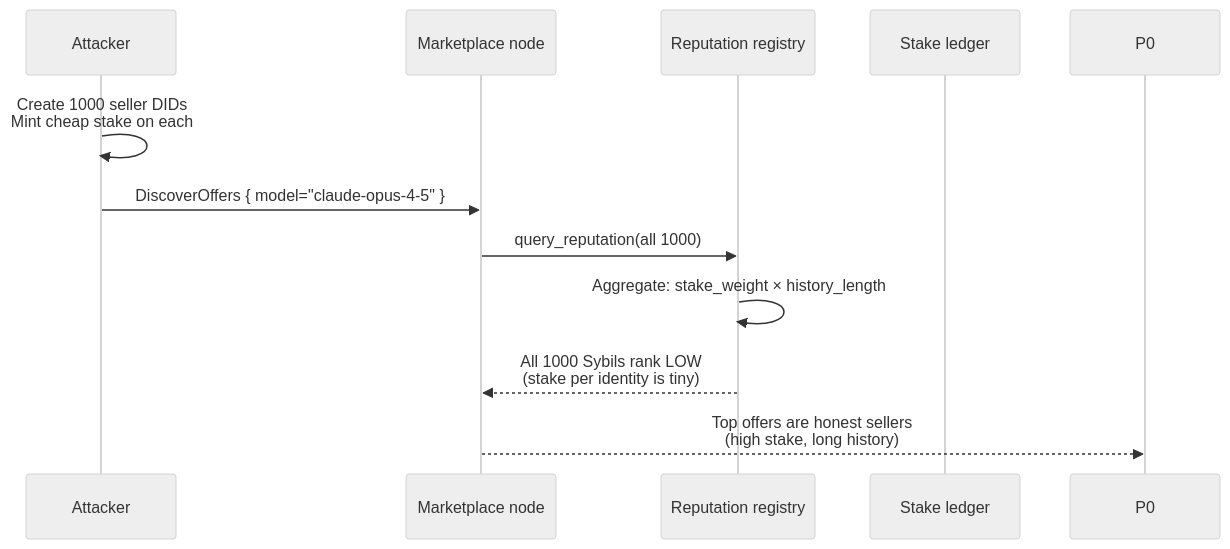
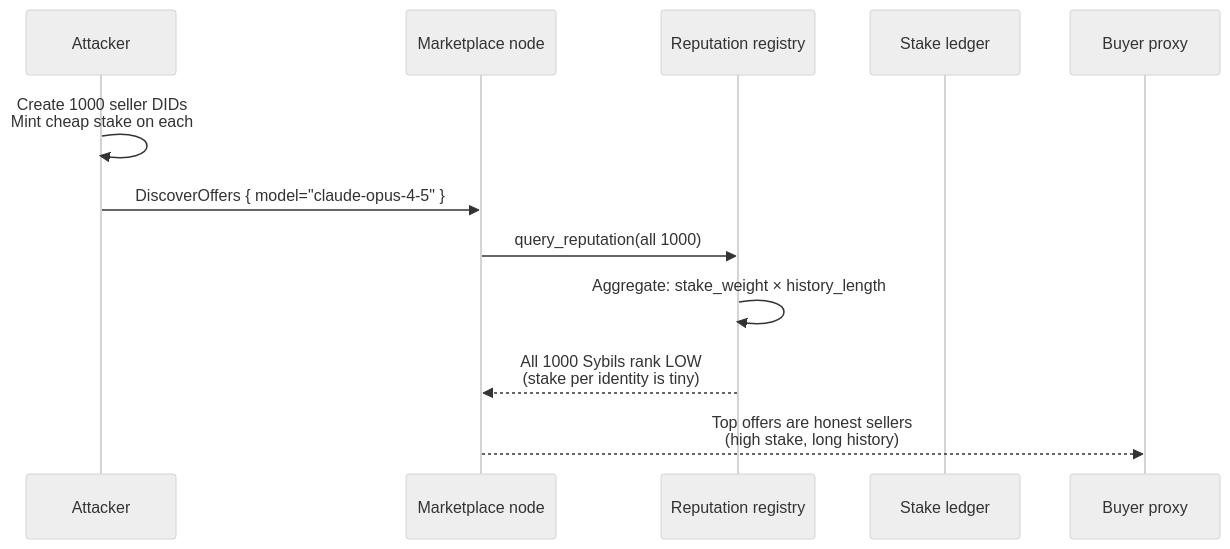
Diagram 14 of 14 in docs/architecture/end-to-end-scenarios.md (CipherOcto/cipherocto), drawn with Mermaid (neutral theme) before and after one commit. The commit also changed other lines of this file, not shown here.

````diff
--- a/docs/architecture/end-to-end-scenarios.md
+++ b/docs/architecture/end-to-end-scenarios.md
@@ -578,14 +604,15 @@
 ```mermaid
 sequenceDiagram
     participant A as Attacker
     participant MK as Marketplace node
     participant RR as Reputation registry
     participant ST as Stake ledger
+    participant P0 as Buyer proxy
 
     A->>A: Create 1000 seller DIDs<br/>Mint cheap stake on each
     A->>MK: DiscoverOffers { model="claude-opus-4-5" }
     MK->>RR: query_reputation(all 1000)
     RR->>RR: Aggregate: stake_weight × history_length
     RR-->>MK: All 1000 Sybils rank LOW<br/>(stake per identity is tiny)
     MK-->>P0: Top offers are honest sellers<br/>(high stake, long history)
 ```
````
